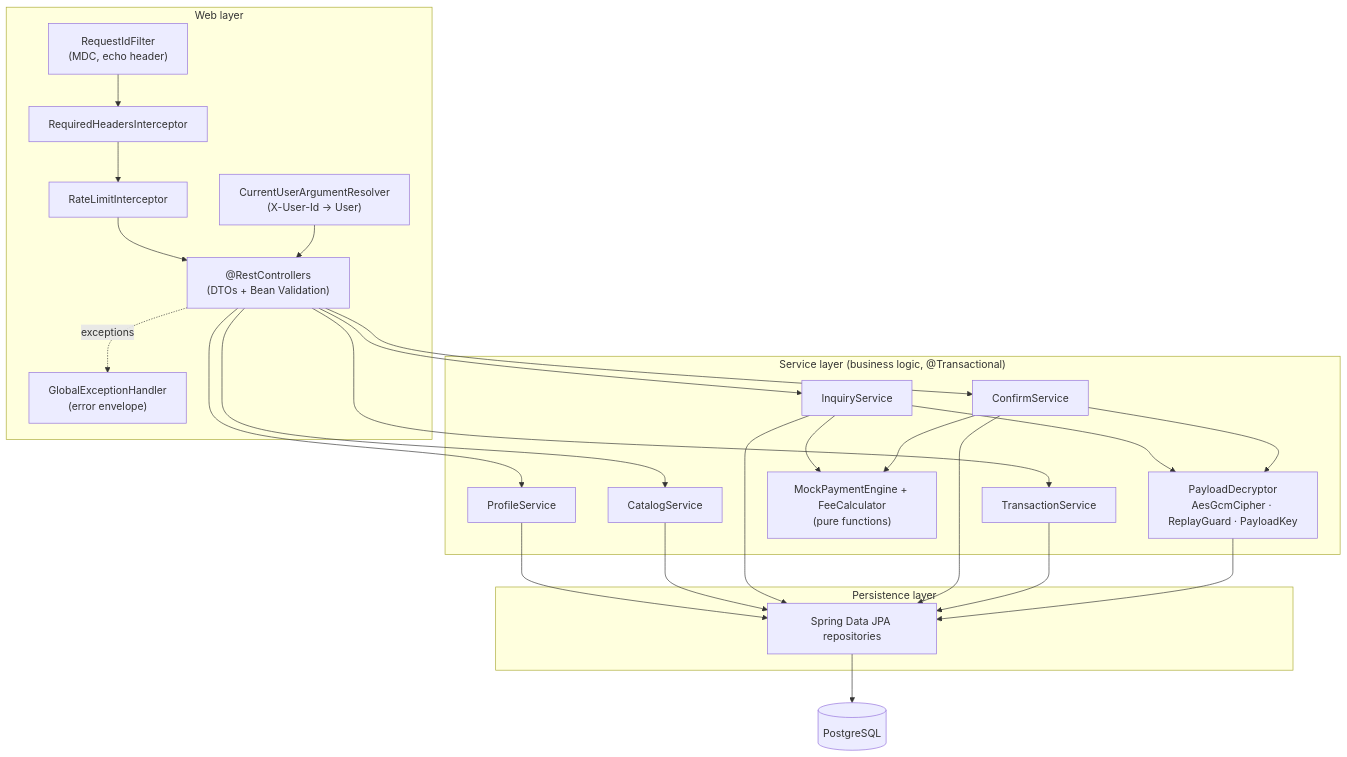
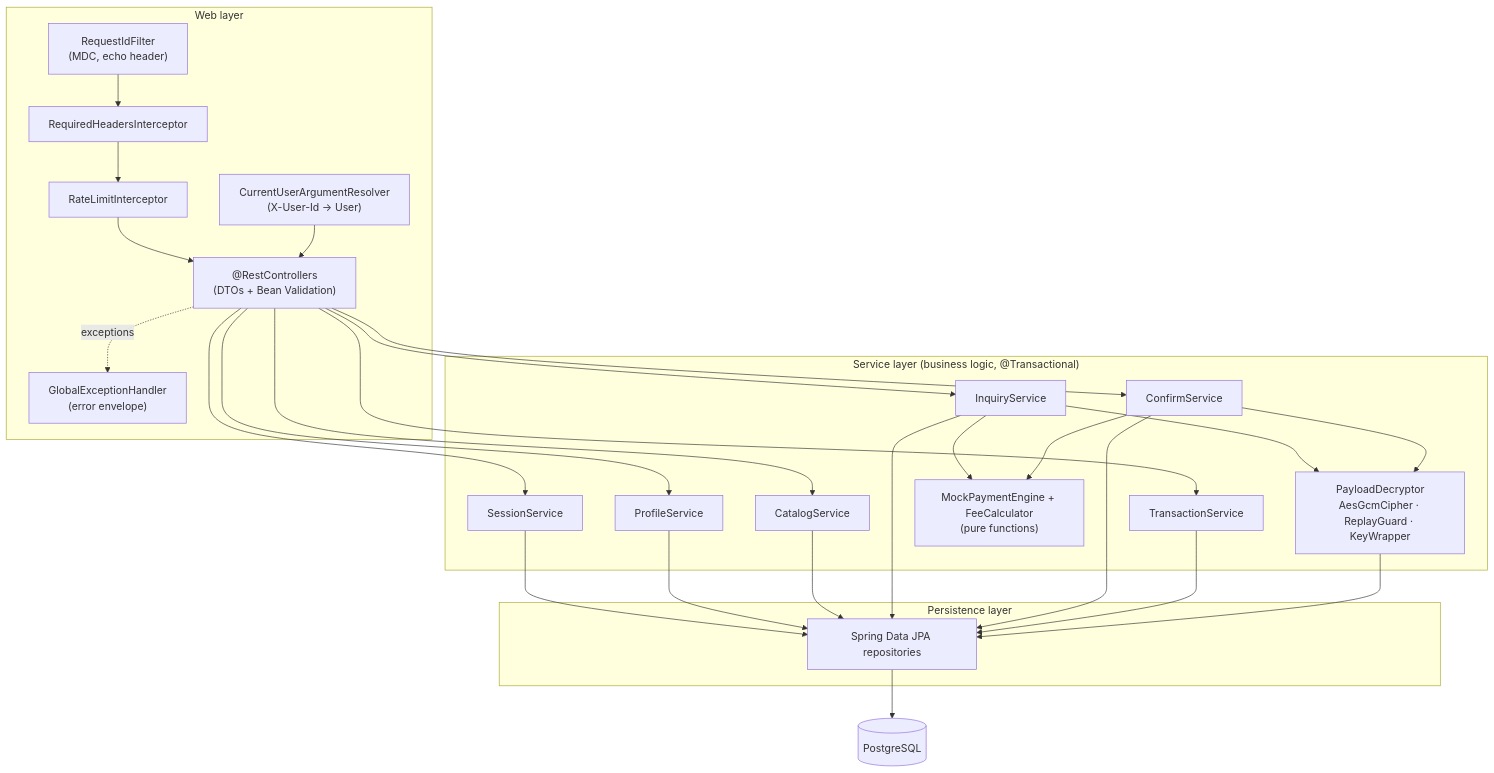
Before and after one commit to M-o-m-e-n/Momkn-pay-backend: the third of 11 diagrams in docs/HLD.md, drawn with Mermaid. The commit also changed other lines of this file and 3 other files, not shown here.

````diff
--- a/docs/HLD.md
+++ b/docs/HLD.md
@@ -117,34 +117,35 @@
 ```mermaid
 flowchart TB
     subgraph Web["Web layer"]
         F1["RequestIdFilter<br/>(MDC, echo header)"]
         I1["RequiredHeadersInterceptor"]
         I2["RateLimitInterceptor"]
         R1["CurrentUserArgumentResolver<br/>(X-User-Id → User)"]
         C["@RestControllers<br/>(DTOs + Bean Validation)"]
         EH["GlobalExceptionHandler<br/>(error envelope)"]
     end
     subgraph Service["Service layer (business logic, @Transactional)"]
+        S1["SessionService"]
         S2["ProfileService"]
         S3["CatalogService"]
         S4["InquiryService"]
         S5["ConfirmService"]
         S6["TransactionService"]
         ENG["MockPaymentEngine + FeeCalculator<br/>(pure functions)"]
-        CR["PayloadDecryptor<br/>AesGcmCipher · ReplayGuard · PayloadKey"]
+        CR["PayloadDecryptor<br/>AesGcmCipher · ReplayGuard · KeyWrapper"]
     end
     subgraph Data["Persistence layer"]
         REPO["Spring Data JPA repositories"]
     end
     DB[("PostgreSQL")]
 
     F1 --> I1 --> I2 --> C
     R1 --> C
-    C --> S2 & S3 & S4 & S5 & S6
+    C --> S1 & S2 & S3 & S4 & S5 & S6
     S4 & S5 --> CR
     S4 & S5 --> ENG
-    S2 & S3 & S4 & S5 & S6 --> REPO
+    S1 & S2 & S3 & S4 & S5 & S6 --> REPO
     CR --> REPO
     REPO --> DB
     C -. exceptions .-> EH
 ```
````
